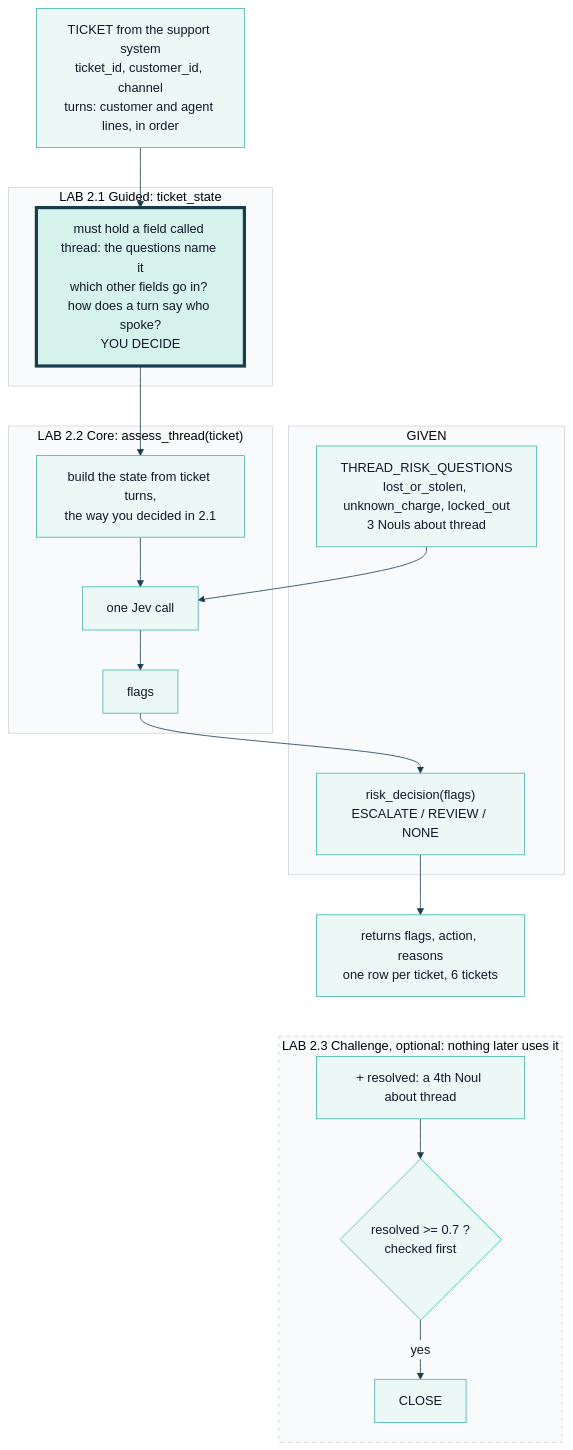
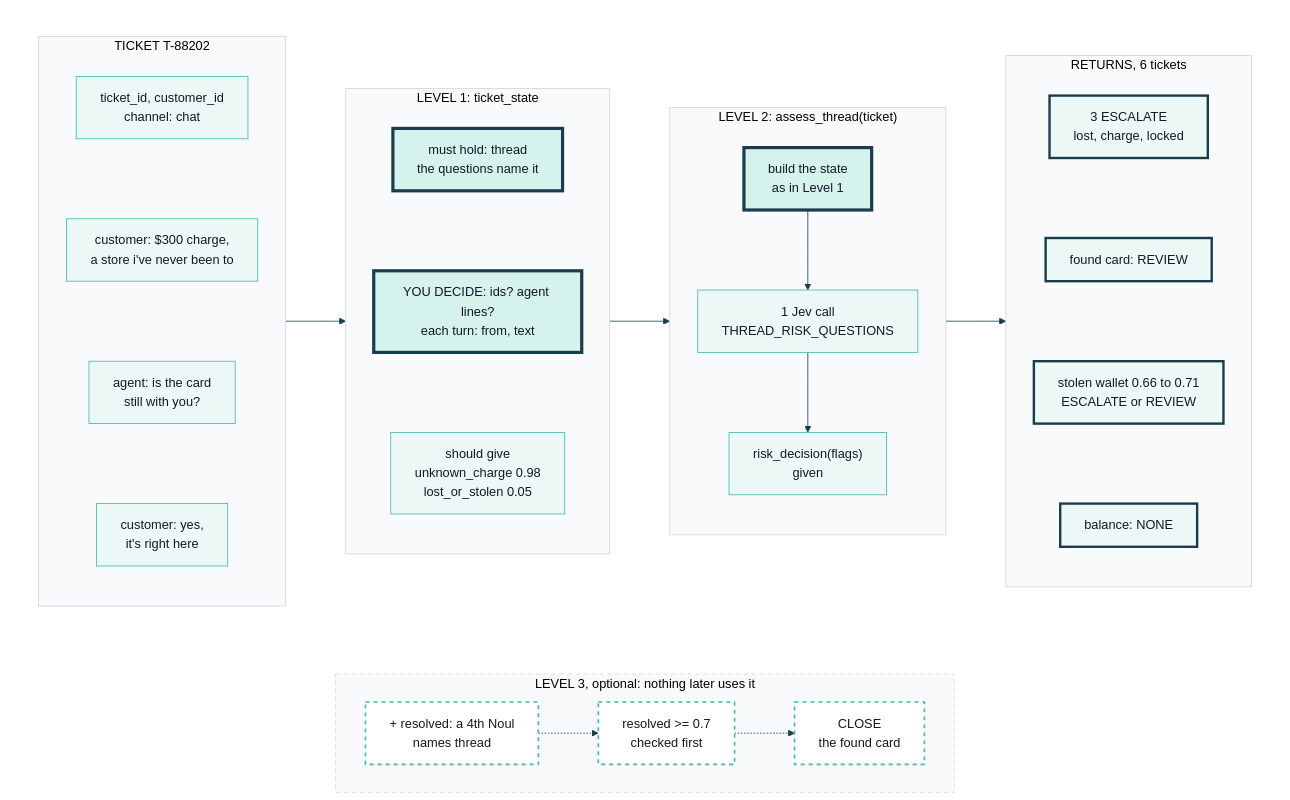
One commit to axel-sirota/getting_started_jev changed the diagram in course/diagrams/module_02/p2-lab-map.mmd. Above: the diagram before and after it, drawn with Mermaid. The commit also changed 75 other files, not shown here.

Commit message:
Modules 1 and 2: visual pass (figures redrawn to read-at-a-glance limits, demo charts, lab maps, prose cut)

```diff
--- a/course/diagrams/module_02/p2-lab-map.mmd
+++ b/course/diagrams/module_02/p2-lab-map.mmd
@@ -1,37 +1,53 @@
 %%{init: {"theme": "base", "themeVariables": {"fontFamily": "Inter, sans-serif", "primaryColor": "#ECF8F6", "primaryBorderColor": "#40B8A6", "primaryTextColor": "#111827", "lineColor": "#1A3D4D", "secondaryColor": "#F9FAFB", "tertiaryColor": "#FFFFFF", "clusterBkg": "#F9FAFB", "clusterBorder": "#D1D5DB", "actorBkg": "#ECF8F6", "actorBorder": "#40B8A6", "noteBkgColor": "#FFF6DA", "noteBorderColor": "#E0B84C"}}}%%
-flowchart TD
-  T["TICKET from the support system<br/>ticket_id, customer_id, channel<br/>turns: customer and agent lines, in order"]
-  subgraph L1["LAB 2.1 Guided: ticket_state"]
-    S["must hold a field called thread: the questions name it<br/>which other fields go in? how does a turn say who spoke?<br/>YOU DECIDE"]
+flowchart TB
+  subgraph ROW1[" "]
+    direction LR
+    subgraph T["TICKET T-88202"]
+      direction TB
+      T1["ticket_id, customer_id<br/>channel: chat"]
+      T2["customer: $300 charge,<br/>a store i've never been to"]
+      T3["agent: is the card<br/>still with you?"]
+      T4["customer: yes,<br/>it's right here"]
+      T1 ~~~ T2 ~~~ T3 ~~~ T4
+    end
+    subgraph L1["LEVEL 1: ticket_state"]
+      direction TB
+      S1["must hold: thread<br/>the questions name it"]
+      S2["YOU DECIDE: ids? agent lines?<br/>each turn: from, text"]
+      S3["should give<br/>unknown_charge 0.98<br/>lost_or_stolen 0.05"]
+      S1 ~~~ S2 ~~~ S3
+    end
+    subgraph L2["LEVEL 2: assess_thread(ticket)"]
+      direction TB
+      B["build the state<br/>as in Level 1"]
+      J["1 Jev call<br/>THREAD_RISK_QUESTIONS"]
+      D["risk_decision(flags)<br/>given"]
+      B --> J --> D
+    end
+    subgraph OUT["RETURNS, 6 tickets"]
+      direction TB
+      O1["3 ESCALATE<br/>lost, charge, locked"]
+      O2["found card: REVIEW"]
+      O3["stolen wallet 0.66 to 0.71<br/>ESCALATE or REVIEW"]
+      O4["balance: NONE"]
+      O1 ~~~ O2 ~~~ O3 ~~~ O4
+    end
+    T --> L1 --> L2 --> OUT
   end
-  subgraph GIVEN["GIVEN"]
-    Q["THREAD_RISK_QUESTIONS<br/>lost_or_stolen, unknown_charge, locked_out<br/>3 Nouls about thread"]
-    D["risk_decision(flags)<br/>ESCALATE / REVIEW / NONE"]
+  subgraph L3["LEVEL 3, optional: nothing later uses it"]
+    direction LR
+    R1["+ resolved: a 4th Noul<br/>names thread"]
+    R2["resolved >= 0.7<br/>checked first"]
+    R3["CLOSE<br/>the found card"]
+    R1 -.-> R2 -.-> R3
   end
-  subgraph L2["LAB 2.2 Core: assess_thread(ticket)"]
-    B["build the state from ticket turns,<br/>the way you decided in 2.1"]
-    J["one Jev call"]
-    F["flags"]
-  end
-  OUT["returns flags, action, reasons<br/>one row per ticket, 6 tickets"]
-  subgraph L3["LAB 2.3 Challenge, optional: nothing later uses it"]
-    RQ["+ resolved: a 4th Noul about thread"]
-    RR{"resolved >= 0.7 ?<br/>checked first"}
-    CL["CLOSE"]
-  end
-  T --> S
-  S --> B
-  B --> J
-  Q --> J
-  J --> F
-  F --> D
-  D --> OUT
-  RQ --> RR
-  RR -- yes --> CL
-  OUT ~~~ RQ
+  ROW1 ~~~ L3
+
+  classDef mine fill:#D5F2EC,stroke:#1A3D4D,stroke-width:4px
+  classDef ok fill:#ECF8F6,stroke:#1A3D4D,stroke-width:3px
+  classDef opt fill:#FFFFFF,stroke:#40B8A6,stroke-width:2px,stroke-dasharray:5 5
+  class S1,S2,B mine
+  class O1,O2,O3,O4 ok
+  class R1,R2,R3 opt
   style L3 stroke-dasharray:5 5
-
-  classDef fail fill:#FDECEA,stroke:#B42318,stroke-width:4px
-  classDef changed fill:#D5F2EC,stroke:#1A3D4D,stroke-width:4px
-  classDef ok fill:#ECF8F6,stroke:#1A3D4D,stroke-width:3px
-  class S changed
+  style ROW1 fill:none,stroke:none
```
